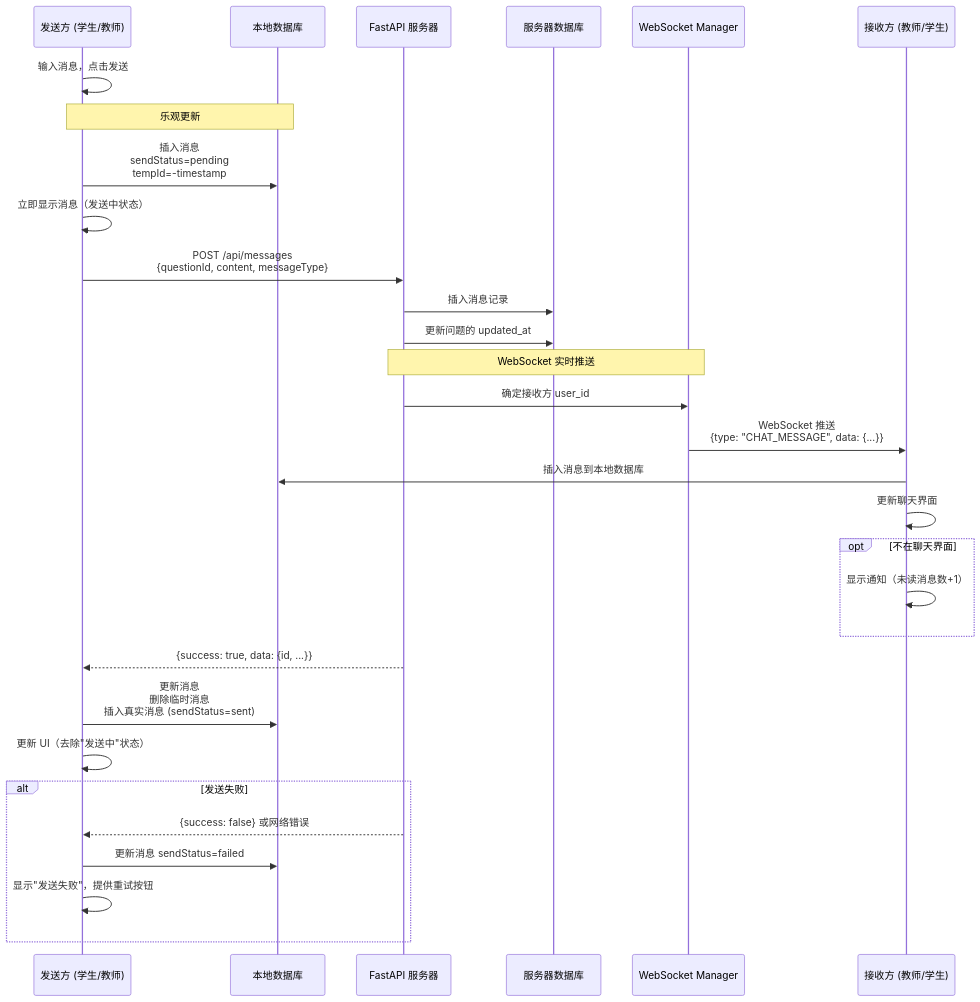
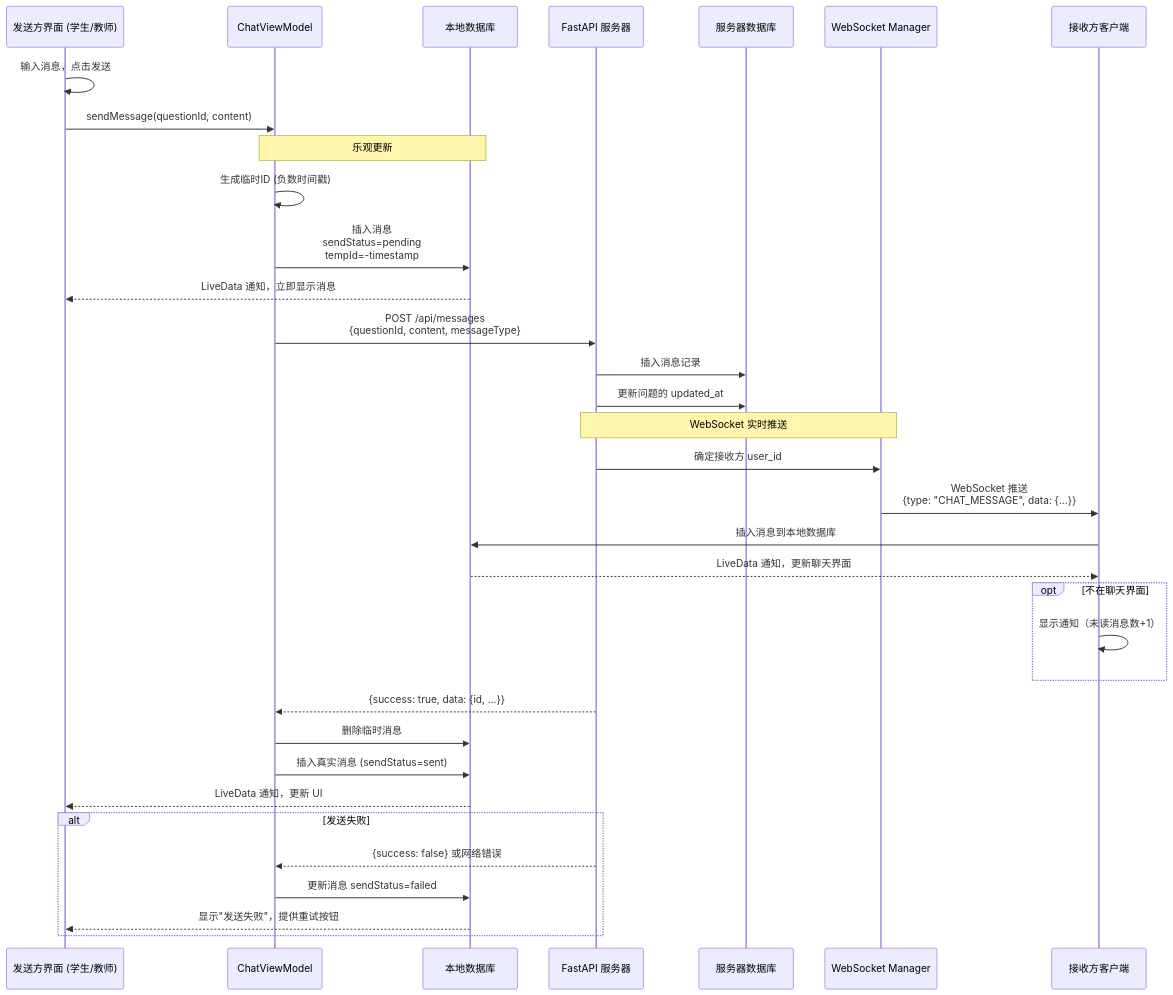
Before and after one commit to dowdah/realtime-qa-android: the sixth of 9 diagrams in docs/ARCHITECTURE.md, drawn with Mermaid. The commit also changed other lines of this file and 6 other files, not shown here.

````diff
--- a/docs/ARCHITECTURE.md
+++ b/docs/ARCHITECTURE.md
@@ -1069,38 +1127,42 @@
 ```mermaid
 sequenceDiagram
-    participant Sender as 发送方 (学生/教师)
+    participant UI as 发送方界面 (学生/教师)
+    participant VM as ChatViewModel
     participant LocalDB as 本地数据库
     participant API as FastAPI 服务器
     participant DB as 服务器数据库
     participant WS as WebSocket Manager
-    participant Receiver as 接收方 (教师/学生)
+    participant Receiver as 接收方客户端
     
-    Sender->>Sender: 输入消息，点击发送
+    UI->>UI: 输入消息，点击发送
+    UI->>VM: sendMessage(questionId, content)
     
-    Note over Sender,LocalDB: 乐观更新
-    Sender->>LocalDB: 插入消息<br/>sendStatus=pending<br/>tempId=-timestamp
-    Sender->>Sender: 立即显示消息（发送中状态）
+    Note over VM,LocalDB: 乐观更新
+    VM->>VM: 生成临时ID (负数时间戳)
+    VM->>LocalDB: 插入消息<br/>sendStatus=pending<br/>tempId=-timestamp
+    LocalDB-->>UI: LiveData 通知，立即显示消息
     
-    Sender->>API: POST /api/messages<br/>{questionId, content, messageType}
+    VM->>API: POST /api/messages<br/>{questionId, content, messageType}
     API->>DB: 插入消息记录
     API->>DB: 更新问题的 updated_at
     
     Note over API,WS: WebSocket 实时推送
     API->>WS: 确定接收方 user_id
     WS->>Receiver: WebSocket 推送<br/>{type: "CHAT_MESSAGE", data: {...}}
     Receiver->>LocalDB: 插入消息到本地数据库
-    Receiver->>Receiver: 更新聊天界面
+    LocalDB-->>Receiver: LiveData 通知，更新聊天界面
     opt 不在聊天界面
         Receiver->>Receiver: 显示通知（未读消息数+1）
     end
     
-    API-->>Sender: {success: true, data: {id, ...}}
-    Sender->>LocalDB: 更新消息<br/>删除临时消息<br/>插入真实消息 (sendStatus=sent)
-    Sender->>Sender: 更新 UI（去除"发送中"状态）
+    API-->>VM: {success: true, data: {id, ...}}
+    VM->>LocalDB: 删除临时消息
+    VM->>LocalDB: 插入真实消息 (sendStatus=sent)
+    LocalDB-->>UI: LiveData 通知，更新 UI
     
     alt 发送失败
-        API-->>Sender: {success: false} 或网络错误
-        Sender->>LocalDB: 更新消息 sendStatus=failed
-        Sender->>Sender: 显示"发送失败"，提供重试按钮
+        API-->>VM: {success: false} 或网络错误
+        VM->>LocalDB: 更新消息 sendStatus=failed
+        LocalDB-->>UI: 显示"发送失败"，提供重试按钮
     end
 ```
````
